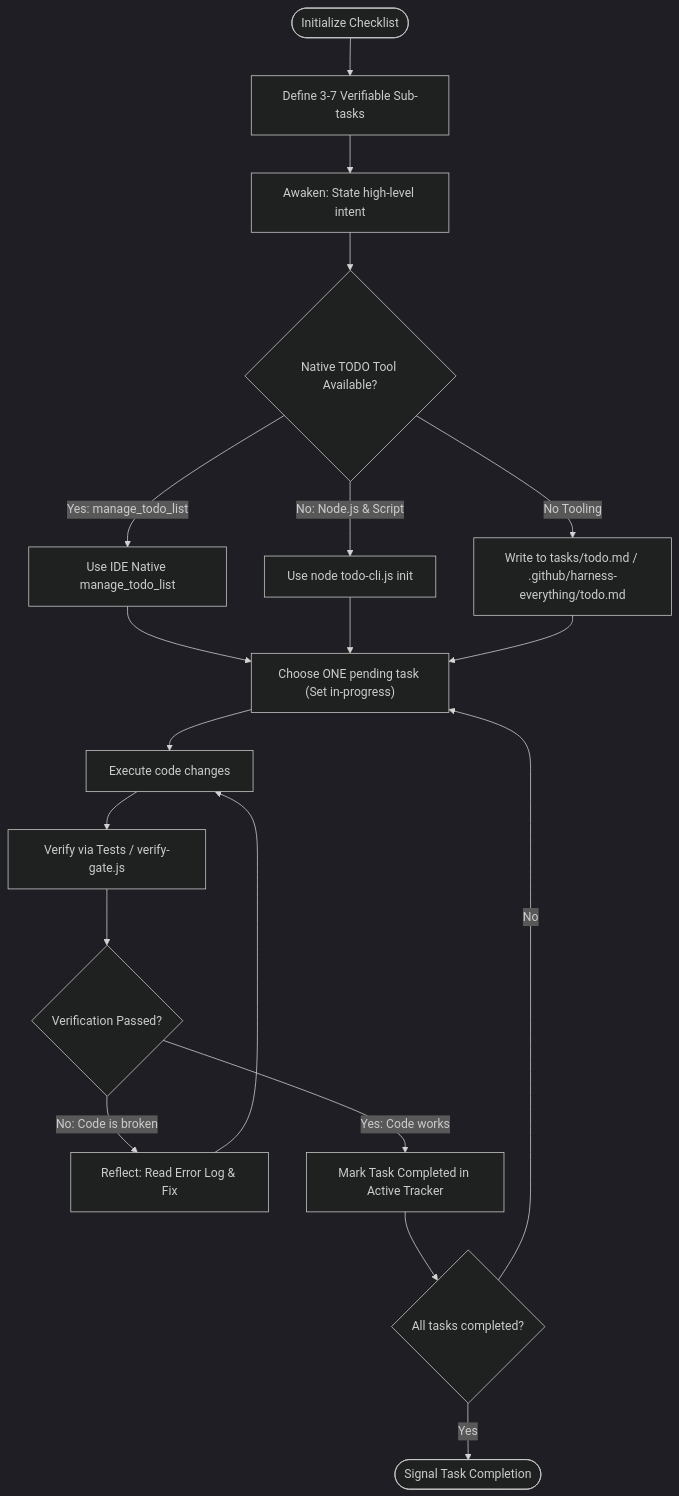
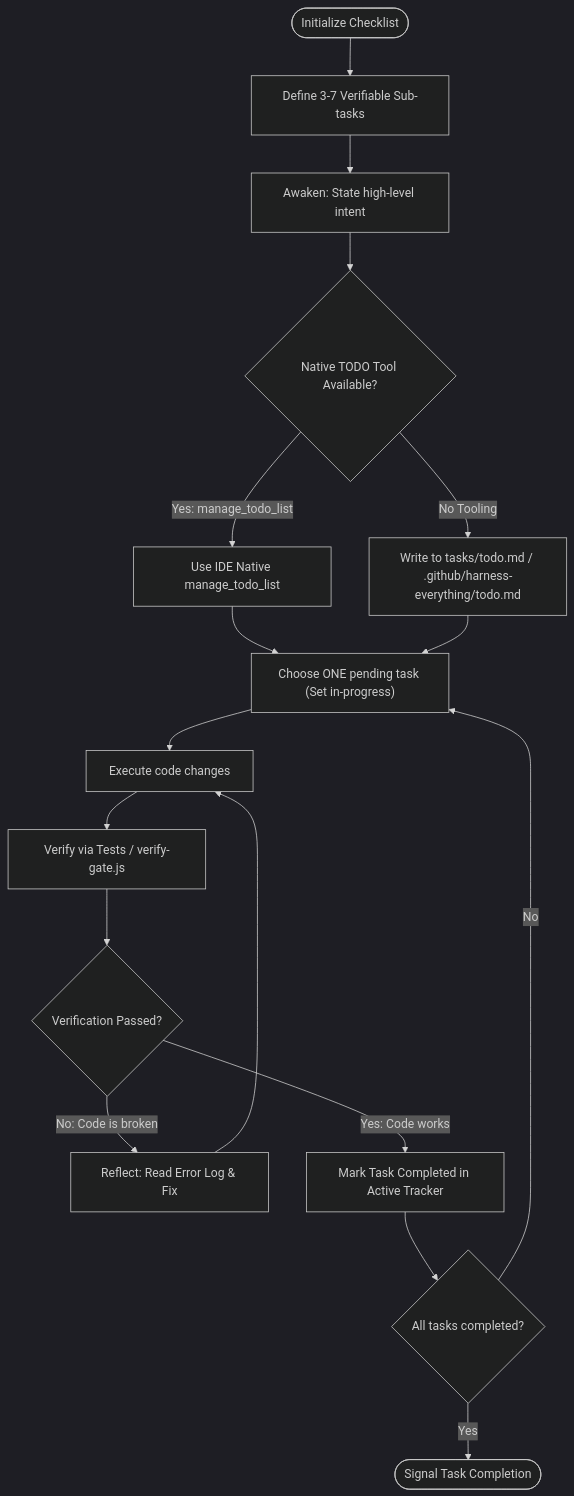
Before and after one commit to dyphn1/Harness-everything: the diagram in docs/workflows/todo-driven-workflow.md, drawn with Mermaid (dark theme). The commit also changed other lines of this file and 61 other files, not shown here.

````diff
--- a/docs/workflows/todo-driven-workflow.md
+++ b/docs/workflows/todo-driven-workflow.md
@@ -11,28 +11,26 @@
 ```mermaid
 graph TD
   Start([Initialize Checklist]) --> Plan["Define 3-7 Verifiable Sub-tasks"]
   Plan --> StateIntent["Awaken: State high-level intent"]
   StateIntent --> CheckTool{Native TODO Tool Available?}
   
   CheckTool -->|Yes: manage_todo_list| NativeTracker["Use IDE Native manage_todo_list"]
-  CheckTool -->|No: Node.js & Script| ScriptTracker["Use node todo-cli.js init"]
   CheckTool -->|No Tooling| FileTracker["Write to tasks/todo.md / .github/harness-everything/todo.md"]
   
   NativeTracker --> ChooseTask["Choose ONE pending task (Set in-progress)"]
-  ScriptTracker --> ChooseTask
   FileTracker --> ChooseTask
   
   ChooseTask --> Execute["Execute code changes"]
   
   Execute --> GatherEvidence["Verify via Tests / verify-gate.js"]
   GatherEvidence --> VerifySuccess{Verification Passed?}
   
   VerifySuccess -->|No: Code is broken| ReflectCode["Reflect: Read Error Log & Fix"]
   ReflectCode --> Execute
   
   VerifySuccess -->|Yes: Code works| MarkCompleted["Mark Task Completed in Active Tracker"]
   
   MarkCompleted --> CheckRemaining{All tasks completed?}
   CheckRemaining -->|No| ChooseTask
   CheckRemaining -->|Yes| Finish([Signal Task Completion])
 ```
````
